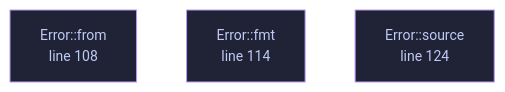
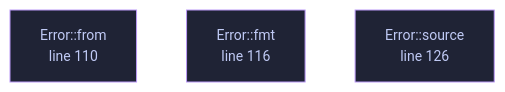
The diagram in docs/files/veilvoice-policy/lib.md (tilas01/veilvoice), drawn with Mermaid before and after one commit. The commit also changed other lines of this file and 43 other files, not shown here.

````diff
--- a/docs/files/veilvoice-policy/lib.md
+++ b/docs/files/veilvoice-policy/lib.md
@@ -114,14 +114,14 @@
 ```mermaid
 %%{init: {"theme":"base","themeVariables":{"background":"#1a1b26","primaryColor":"#1f2335","primaryTextColor":"#c0caf5","primaryBorderColor":"#7aa2f7","secondaryColor":"#16161e","tertiaryColor":"#16161e","lineColor":"#737aa2","textColor":"#c0caf5","mainBkg":"#1f2335","nodeBorder":"#7aa2f7","clusterBkg":"#16161e","clusterBorder":"#2f3549","fontFamily":"ui-monospace, SFMono-Regular, Consolas, monospace","fontSize":"14px"}}}%%
 flowchart TD
-    n_from["Error::from<br/>line 102"]
-    n_from["Error::from<br/>line 108"]
-    n_fmt["Error::fmt<br/>line 114"]
-    n_source["Error::source<br/>line 124"]
-    click n_from href "https://github.com/tilas01/veilvoice/blob/main/crates/veilvoice-policy/src/lib.rs#L102" "open the source"
-    click n_from href "https://github.com/tilas01/veilvoice/blob/main/crates/veilvoice-policy/src/lib.rs#L108" "open the source"
-    click n_fmt href "https://github.com/tilas01/veilvoice/blob/main/crates/veilvoice-policy/src/lib.rs#L114" "open the source"
-    click n_source href "https://github.com/tilas01/veilvoice/blob/main/crates/veilvoice-policy/src/lib.rs#L124" "open the source"
+    n_from["Error::from<br/>line 104"]
+    n_from["Error::from<br/>line 110"]
+    n_fmt["Error::fmt<br/>line 116"]
+    n_source["Error::source<br/>line 126"]
+    click n_from href "https://github.com/tilas01/veilvoice/blob/main/crates/veilvoice-policy/src/lib.rs#L104" "open the source"
+    click n_from href "https://github.com/tilas01/veilvoice/blob/main/crates/veilvoice-policy/src/lib.rs#L110" "open the source"
+    click n_fmt href "https://github.com/tilas01/veilvoice/blob/main/crates/veilvoice-policy/src/lib.rs#L116" "open the source"
+    click n_source href "https://github.com/tilas01/veilvoice/blob/main/crates/veilvoice-policy/src/lib.rs#L126" "open the source"
     classDef helper fill:#1f2335,stroke:#bb9af7,color:#c0caf5
     class n_from,n_from,n_fmt,n_source helper
 ```
````
